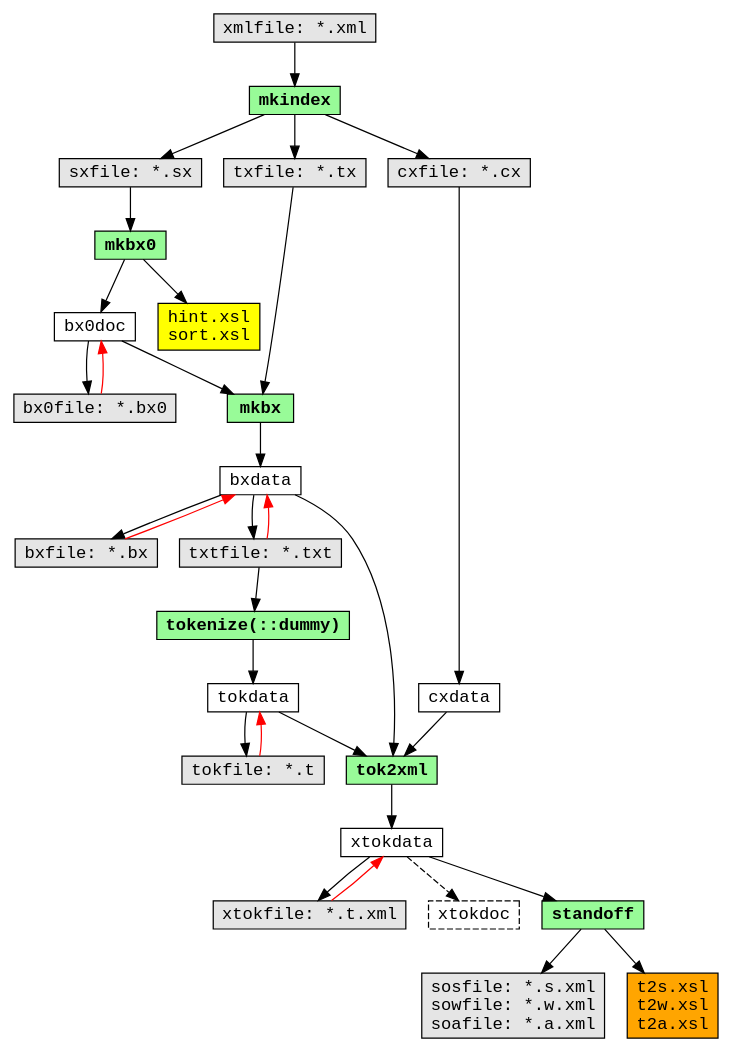
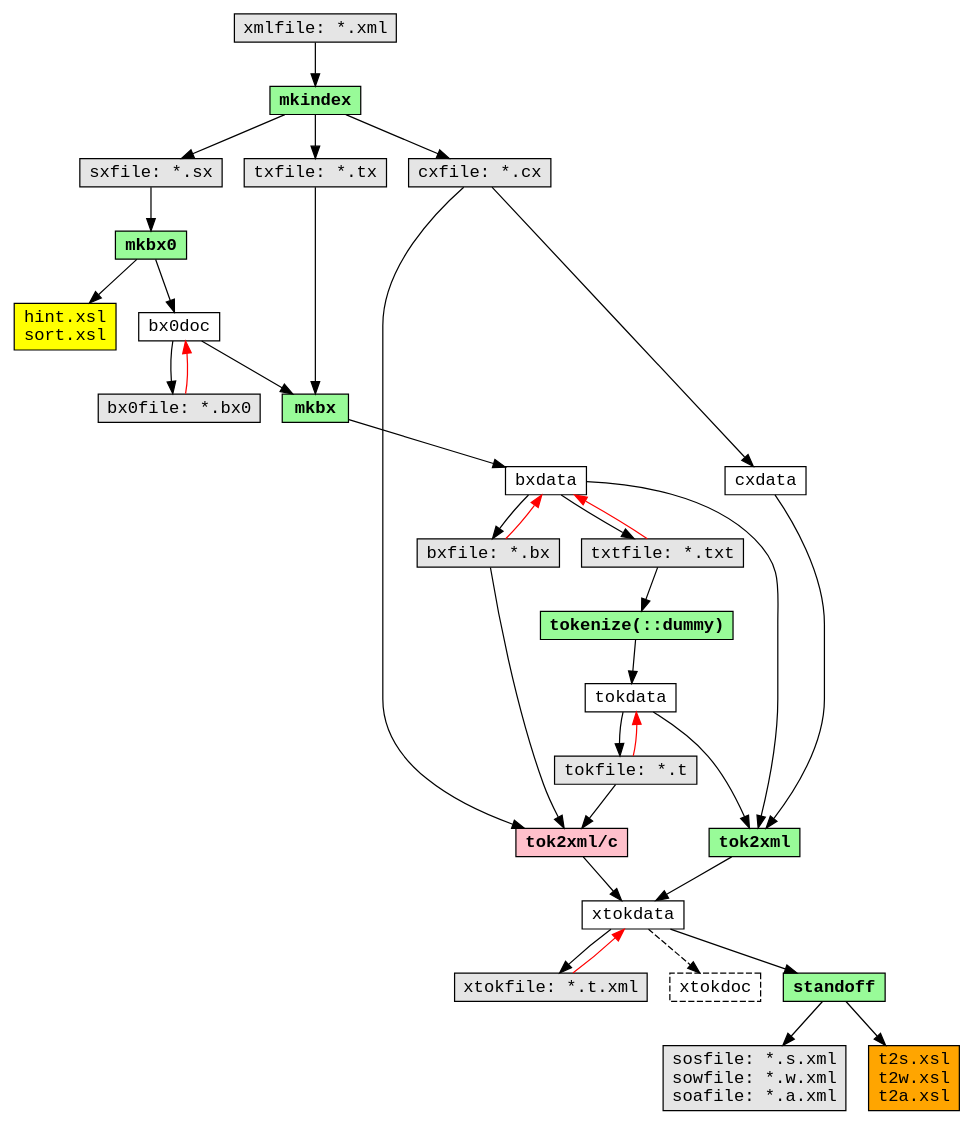
The diagram in doc/dot/dataflow-perl.dot (moocow-the-bovine/dta-tokwrap), drawn with Graphviz before and after one commit. The commit also changed 1 other file, not shown here.

```diff
--- a/doc/dot/dataflow-perl.dot
+++ b/doc/dot/dataflow-perl.dot
@@ -1,113 +1,136 @@
 /* -*- Mode: C -*- */
 digraph dataflow {
   node [shape=rectangle,height=0.25,fontname="Courier"];
   edge [decorate=0,fontname="Courier"];
 
   xml [label="xmlfile: *.xml",shape=rectangle,style=filled,fillcolor=grey90];
 
   mkindex [label="mkindex",shape=rectangle,style=filled,fillcolor=PaleGreen,fontname="Courier-Bold"];
   xml -> mkindex;
 
   sxfile [label="sxfile: *.sx",shape=rectangle,style=filled,fillcolor=grey90];
   txfile [label="txfile: *.tx",shape=rectangle,style=filled,fillcolor=grey90];
   cxfile [label="cxfile: *.cx",shape=rectangle,style=filled,fillcolor=grey90];
   mkindex -> cxfile;
   mkindex -> sxfile;
   mkindex -> txfile;
   {rank=same; cxfile sxfile txfile}
 
   cxdata [label="cxdata"];
   cxfile -> cxdata;
 
   bx0doc [label="bx0doc"];
   mkbx0 [label="mkbx0",shape=rectangle,style=filled,fillcolor=PaleGreen,fontname="Courier-Bold"];
   sxfile -> mkbx0;
   mkbx0 -> bx0doc;
 
   bx0_xsl  [label="hint.xsl\nsort.xsl",shape=rectangle,style=filled,fillcolor=yellow];
   mkbx0 -> bx0_xsl;
   
   bx0file [label="bx0file: *.bx0",shape=rectangle,style=filled,fillcolor=grey90];
   bx0doc -> bx0file;
   bx0file -> bx0doc [color=red];
 
   bxdata [label="bxdata"];
   mkbx [label="mkbx",shape=rectangle,style=filled,fillcolor=PaleGreen,fontname="Courier-Bold"];
   bx0doc -> mkbx;
   txfile -> mkbx;
   mkbx -> bxdata;
   //{rank=same; bxdata txtfile;}
   //{rank=same; mkbx bxfile;}
 
   bxfile [label="bxfile: *.bx",shape=rectangle,style=filled,fillcolor=grey90];
   txtfile [label="txtfile: *.txt",shape=rectangle,style=filled,fillcolor=grey90];
   bxdata -> bxfile;
   bxdata -> txtfile;
   bxfile -> bxdata [color=red];
   txtfile -> bxdata [color=red];
   //{rank=same; bxfile txtfile}
 
   tokdata [label="tokdata"];
   tokenize [label="tokenize(::dummy)",shape=rectangle,style=filled,fillcolor=PaleGreen,fontname="Courier-Bold",justify="left"];
   txtfile -> tokenize;
   tokenize -> tokdata;
 
   tokfile [label="tokfile: *.t",shape=rectangle,style=filled,fillcolor=grey90];
   tokdata -> tokfile;
   tokfile -> tokdata [color=red];
   //{rank=same; tokdata tokfile;}
 
   xtokdata [label="xtokdata"];
   xtokfile [label="xtokfile: *.t.xml",shape=rectangle,style=filled,fillcolor=grey90];
   xtokdoc  [label="xtokdoc",style=dashed];
   xtokdata -> xtokfile;
   xtokfile -> xtokdata [color=red];
   xtokdata -> xtokdoc [style=dashed];
   //{rank=same; xtokdata xtokfile;}
 
   tok2xml [label="tok2xml",shape=rectangle,style=filled,fillcolor=PaleGreen,fontname="Courier-Bold"];
   tokdata -> tok2xml;
   bxdata  -> tok2xml;
   cxdata  -> tok2xml;
   tok2xml -> xtokdata;
-  {rank=same; cxdata tokdata};
+  //{rank=same; cxdata tokdata};
+
+  //-- tok2xml via c prog
+  tok2xml_c[label="tok2xml/c",shape=rectangle,style=filled,fillcolor=pink,fontname="Courier-Bold"];
+  {rank=same; tok2xml tok2xml_c};
+  /*
+  //-- input from files ; output to file
+  bxfile -> tok2xml_c;
+  cxfile -> tok2xml_c;
+  tokfile -> tok2xml_c;
+  tok2xml_c -> xtokfile;
+  */
+  //-- input from files ; output to xtokdata
+  bxfile -> tok2xml_c;
+  cxfile -> tok2xml_c;
+  tokfile -> tok2xml_c;
+  tok2xml_c -> xtokdata; //xtokfile;
+  /* //-- input from files+tokdata ; output to file
+  bxfile -> tok2xml_c;
+  cxfile -> tok2xml_c;
+  tokdata -> tok2xml_c;
+  tok2xml_c -> xtokfile;
+  */
+  
 
   //-- standoff via C progs
   standoff [label="standoff",shape=rectangle,style=filled,fillcolor=PaleGreen,fontname="Courier-Bold"];
   xtokdata -> standoff;
 
   sofiles [label="sosfile: *.s.xml\nsowfile: *.w.xml\nsoafile: *.a.xml",shape=rectangle,style=filled,fillcolor=grey90];
   standoff -> sofiles;
 
   //-- standoff: xsl stylesheets (now obsolete)
   standoff_xsl [label="t2s.xsl\nt2w.xsl\nt2a.xsl",shape=rectangle,style=filled,fillcolor=orange];
   standoff -> standoff_xsl;
 
   //-- standoff via xsl
   /*
   standoff [label="standoff",shape=rectangle,style=filled,fillcolor=PaleGreen,fontname="Courier-Bold"];
   xtokdoc -> standoff;
 
   t2s_xsl [label="t2s.xsl",shape=rectangle,style=filled,fillcolor=yellow];
   t2w_xsl [label="t2w.xsl",shape=rectangle,style=filled,fillcolor=yellow];
   t2a_xsl [label="t2a.xsl",shape=rectangle,style=filled,fillcolor=yellow];
   standoff -> t2s_xsl;
   standoff -> t2w_xsl;
   standoff -> t2a_xsl;
 
   sowdoc [label="sowdoc"];
   standoff -> sowdoc;
   sowfile [label="sowfile: *.w.xml",shape=rectangle,style=filled,fillcolor=grey90];
   sowdoc -> sowfile;
   
   sosdoc [label="sosdoc"];
   standoff -> sosdoc;
   sosfile [label="sosfile: *.s.xml",shape=rectangle,style=filled,fillcolor=grey90];
   sosdoc -> sosfile;
 
   soadoc [label="soadoc"];
   standoff -> soadoc;
   soafile [label="soafile: *.a.xml",shape=rectangle,style=filled,fillcolor=grey90];
   soadoc -> soafile;
   */
 }
```
